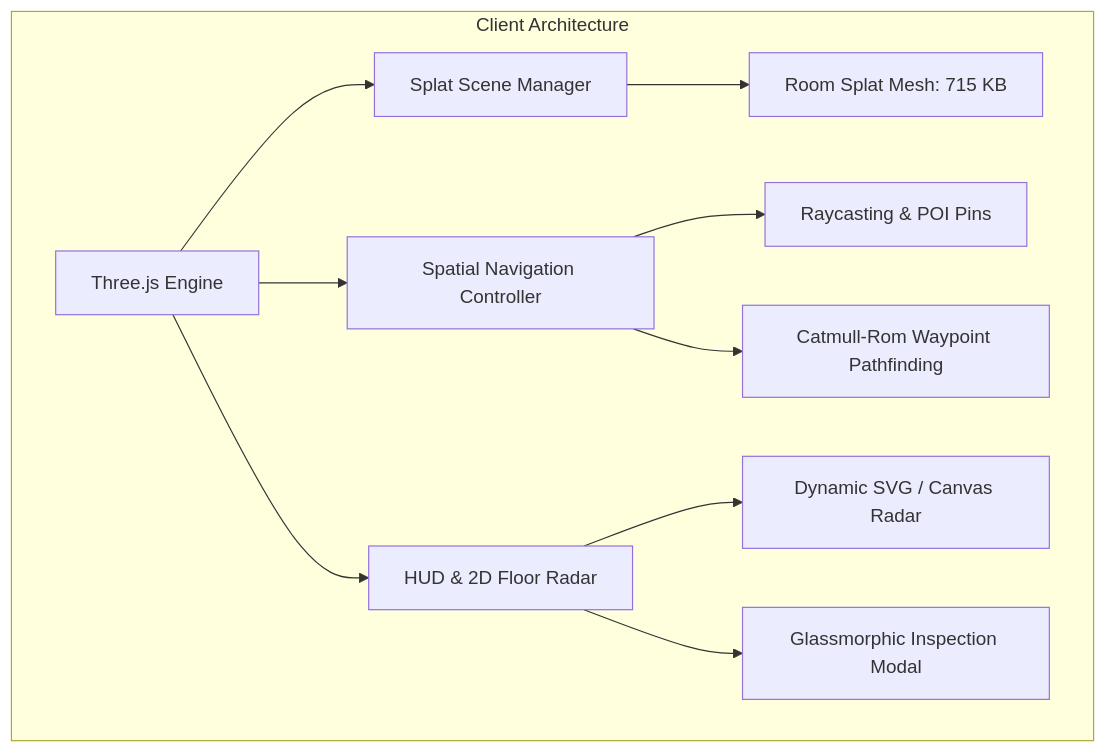
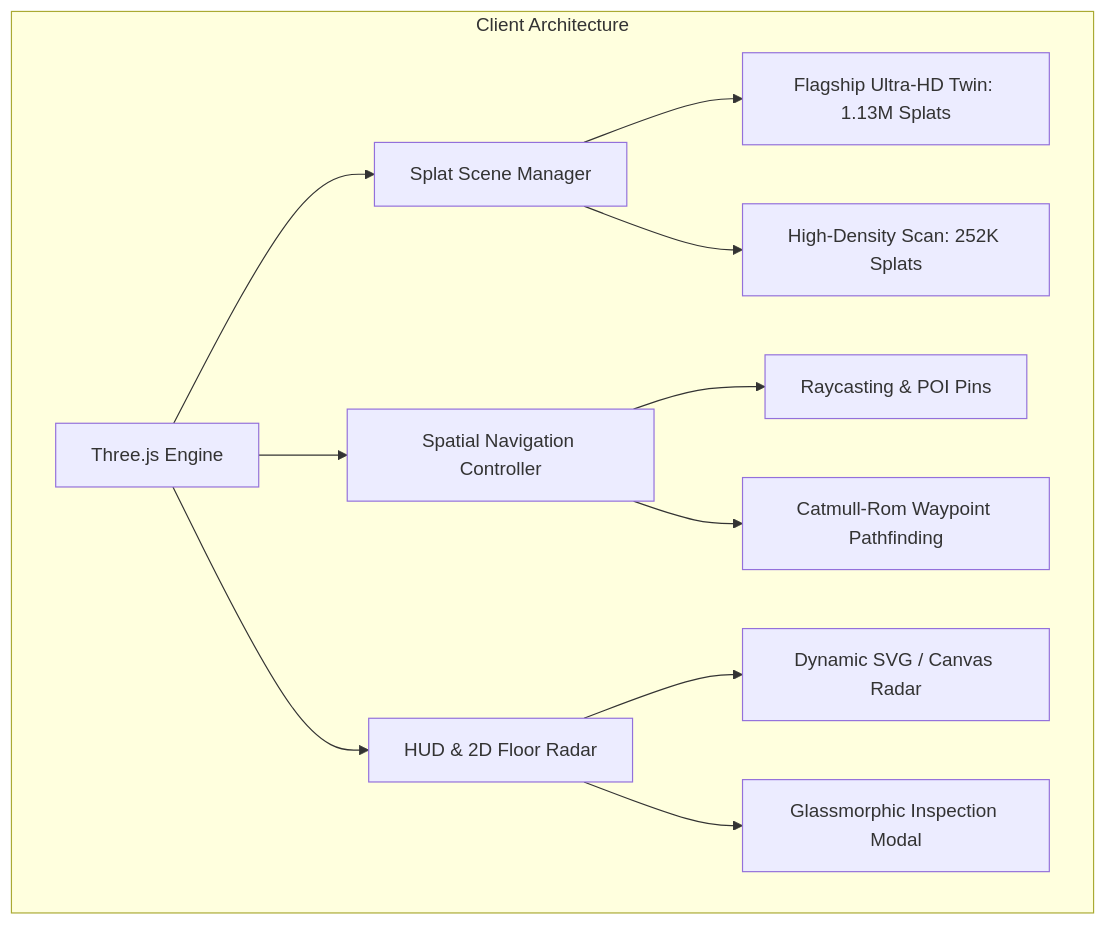
The second of 2 diagrams in ROUND1_TECHNICAL_ABSTRACT.md (Kaish-sheikh/nammaspace-digital-twin), drawn with Mermaid before and after one commit. The commit also changed other lines of this file and 10 other files, not shown here.

Commit message:
Upgrade showcase: Default to Ultra-HD Studio (1.13M splats) and upgrade mobile scan to High-Density model (8.1 MB, 252k splats)

````diff
--- a/ROUND1_TECHNICAL_ABSTRACT.md
+++ b/ROUND1_TECHNICAL_ABSTRACT.md
@@ -72,14 +72,15 @@
 ```mermaid
 graph TD
     subgraph Client Architecture
         A[Three.js Engine] --> B[Splat Scene Manager]
         A --> C[Spatial Navigation Controller]
         A --> D[HUD & 2D Floor Radar]
         
-        B --> B1[Room Splat Mesh: 715 KB]
+        B --> B1[Flagship Ultra-HD Twin: 1.13M Splats]
+        B --> B2[High-Density Scan: 252K Splats]
         C --> C1[Raycasting & POI Pins]
         C --> C2[Catmull-Rom Waypoint Pathfinding]
         D --> D1[Dynamic SVG / Canvas Radar]
         D --> D2[Glassmorphic Inspection Modal]
     end
 ```
````
